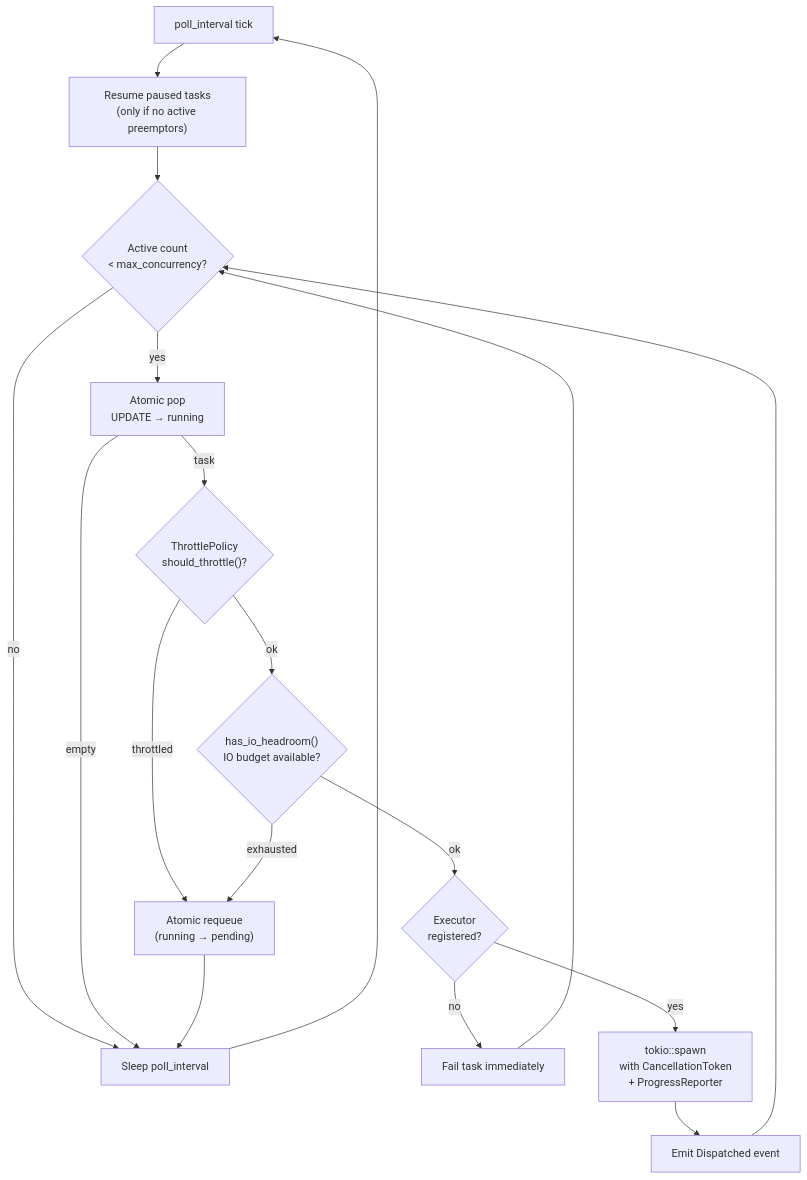
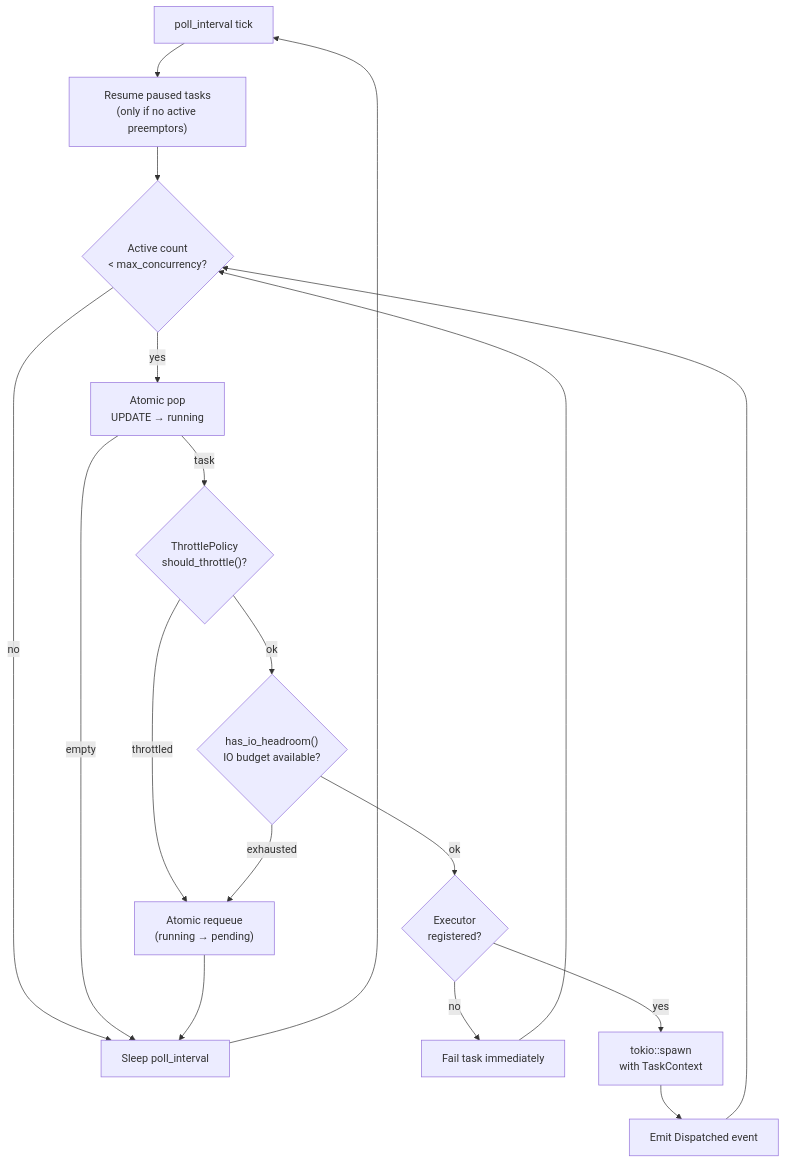
One commit to deepjoy/shoebox changed the second of 5 diagrams in crates/taskmill/ARCHITECTURE.md. Above: the diagram before and after it, drawn with Mermaid. The commit also changed other lines of this file and 4 other files, not shown here.

First line of the commit message:
feat(taskmill): introduce TaskContext to pass ProgressReporter to executors

````diff
--- a/crates/taskmill/ARCHITECTURE.md
+++ b/crates/taskmill/ARCHITECTURE.md
@@ -162,20 +162,20 @@
 ```mermaid
 flowchart TD
     START["poll_interval tick"] --> RESUME["Resume paused tasks\n(only if no active preemptors)"]
     RESUME --> CONC{"Active count\n< max_concurrency?"}
     CONC -- no --> SLEEP["Sleep poll_interval"]
     CONC -- yes --> POP["Atomic pop\nUPDATE → running"]
     POP -- empty --> SLEEP
     POP -- task --> BP{"ThrottlePolicy\nshould_throttle()?"}
     BP -- throttled --> REQUEUE["Atomic requeue\n(running → pending)"]
     REQUEUE --> SLEEP
     BP -- ok --> IO{"has_io_headroom()\nIO budget available?"}
     IO -- exhausted --> REQUEUE
     IO -- ok --> REG{"Executor\nregistered?"}
     REG -- no --> FAIL["Fail task immediately"]
-    REG -- yes --> SPAWN["tokio::spawn\nwith CancellationToken\n+ ProgressReporter"]
+    REG -- yes --> SPAWN["tokio::spawn\nwith TaskContext"]
     SPAWN --> EVENT["Emit Dispatched event"]
     EVENT --> CONC
     FAIL --> CONC
     SLEEP --> START
 ```
````
